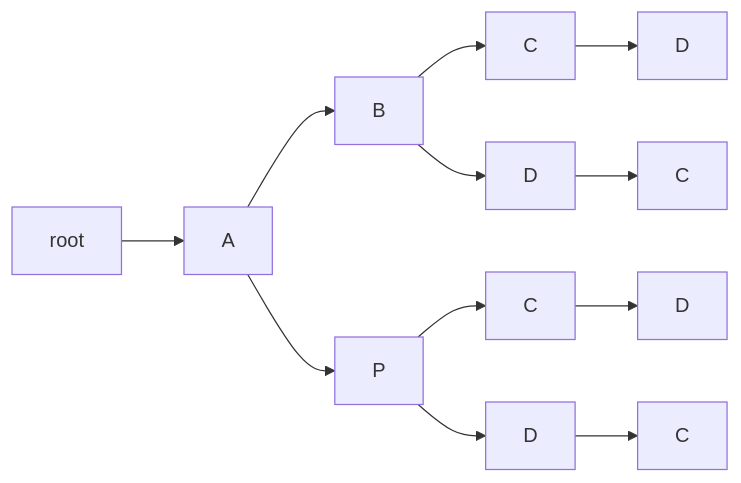
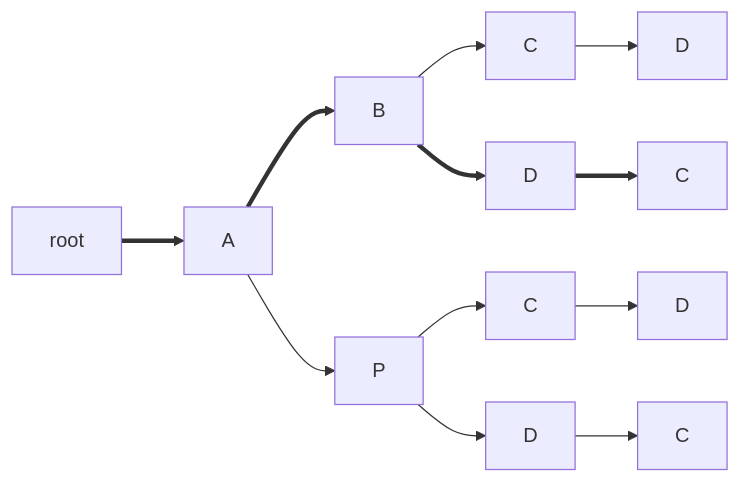
One commit to vedph/gve-doc changed the fifth of 16 diagrams in model/export-tree.md. Above: the diagram before and after it, drawn with Mermaid. The commit also changed other lines of this file, not shown here.

````diff
--- a/model/export-tree.md
+++ b/model/export-tree.md
@@ -95,15 +95,15 @@
 ```mermaid
 graph LR;
 
-root --> A
-A --> B
+root ==> A
+A ==> B
 B --> C
 C --> D6[D]
 A --> P
 P --> C5
 C5[C] --> D5[D]
 P --> D4[D]
 D4 --> C4[C]
-B --> D3[D]
-D3 --> C3[C]
+B ==> D3[D]
+D3 ==> C3[C]
 ```
````
